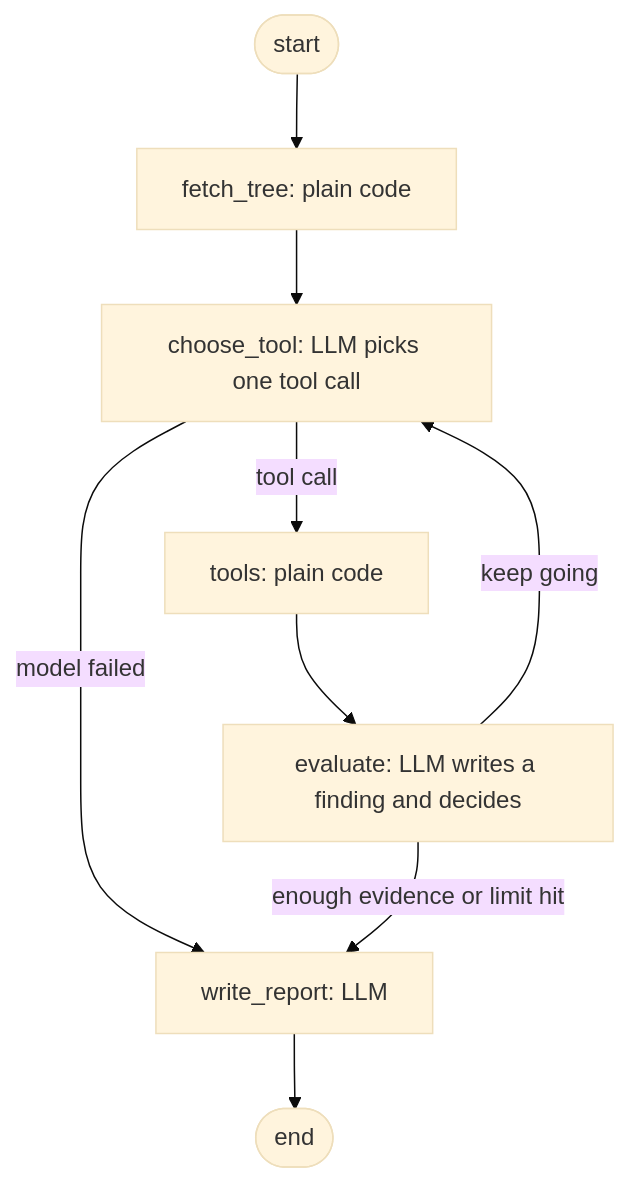
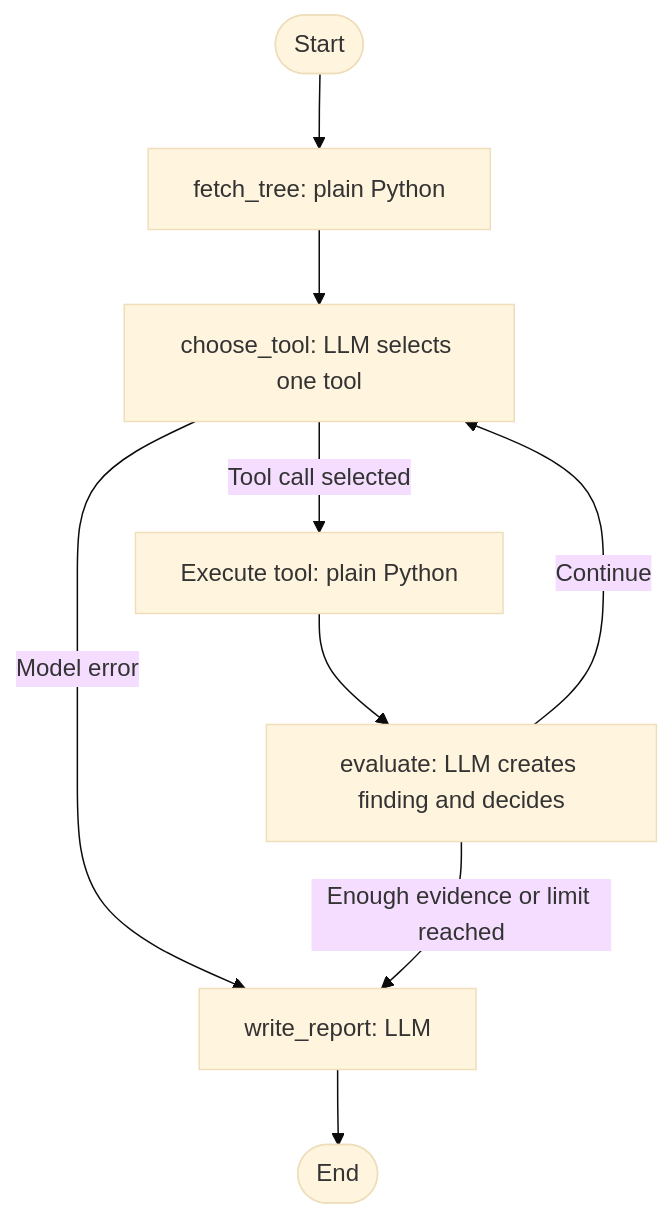
One commit to TahaY291/repo_analyzer_agent changed the second of 2 diagrams in README.md. Above: the diagram before and after it, drawn with Mermaid (base theme). The commit also changed other lines of this file, not shown here.

````diff
--- a/README.md
+++ b/README.md
@@ -33,11 +35,11 @@
 ```mermaid
 flowchart TD
-    S([start]) --> F[fetch_tree: plain code]
-    F --> C[choose_tool: LLM picks one tool call]
-    C -->|tool call| T[tools: plain code]
-    C -->|model failed| R
-    T --> E[evaluate: LLM writes a finding and decides]
-    E -->|keep going| C
-    E -->|enough evidence or limit hit| R[write_report: LLM]
-    R --> D([end])
+    S([Start]) --> F[fetch_tree: plain Python]
+    F --> C[choose_tool: LLM selects one tool]
+    C -->|Tool call selected| T[Execute tool: plain Python]
+    C -->|Model error| R[write_report: LLM]
+    T --> E[evaluate: LLM creates finding and decides]
+    E -->|Continue| C
+    E -->|Enough evidence or limit reached| R
+    R --> D([End])
 ```
````
